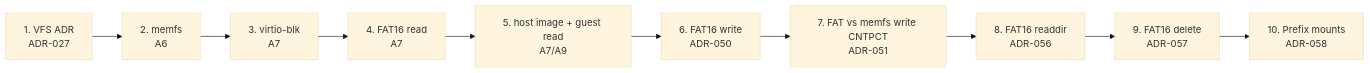
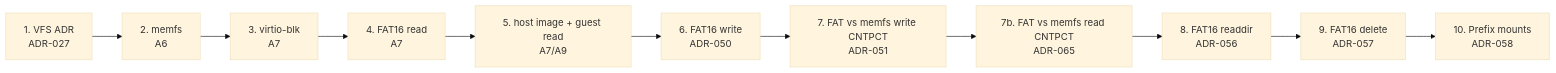
One commit to artofdream/ctos changed the second of 2 diagrams in docs/overview/filesystem.md. Above: the diagram before and after it, drawn with Mermaid (base theme). The commit also changed other lines of this file and 12 other files, not shown here.

First line of the commit message:
feat: FAT vs memfs read CNTPCT pair (ADR-065)

````diff
--- a/docs/overview/filesystem.md
+++ b/docs/overview/filesystem.md
@@ -42,12 +42,13 @@
 ```mermaid
 flowchart LR
   V["1. VFS ADR<br/>ADR-027"] --> M["2. memfs<br/>A6"]
   M --> B["3. virtio-blk<br/>A7"]
   B --> F["4. FAT16 read<br/>A7"]
   F --> H["5. host image + guest read<br/>A7/A9"]
   H --> W["6. FAT16 write<br/>ADR-050"]
   W --> P["7. FAT vs memfs write CNTPCT<br/>ADR-051"]
-  P --> R["8. FAT16 readdir<br/>ADR-056"]
+  P --> PR["7b. FAT vs memfs read CNTPCT<br/>ADR-065"]
+  PR --> R["8. FAT16 readdir<br/>ADR-056"]
   R --> D["9. FAT16 delete<br/>ADR-057"]
   D --> V2["10. Prefix mounts<br/>ADR-058"]
 ```
````
